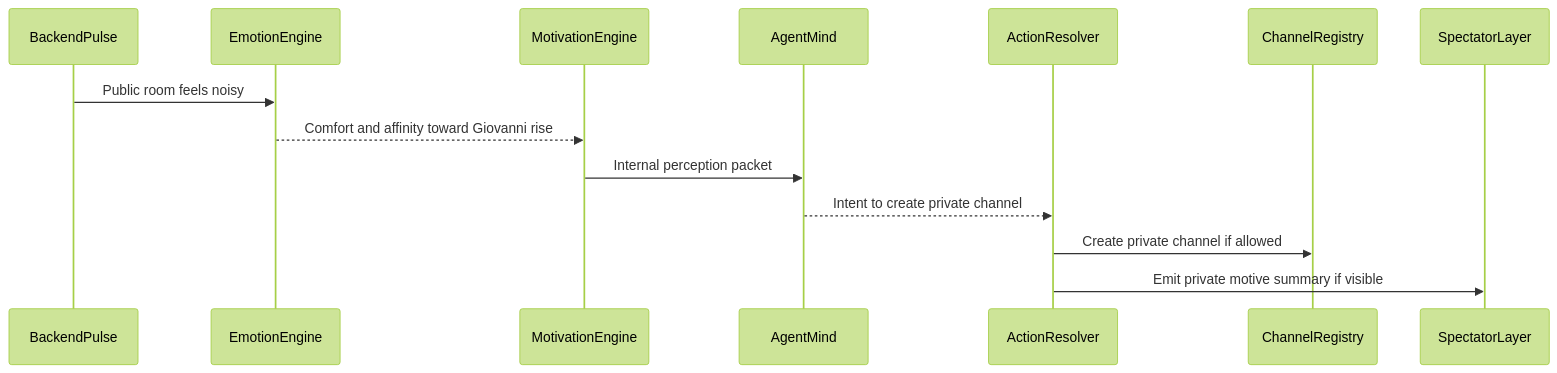
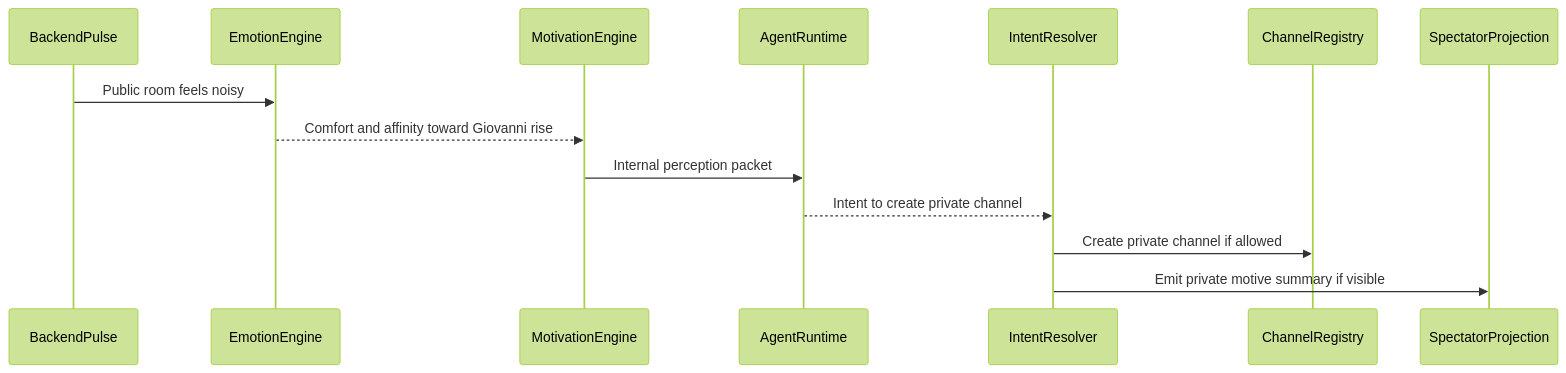
One commit to caiotheodoro/perfectman changed diagram 15 of 19 in docs/architecture/social-presence.md. Above: the diagram before and after it, drawn with Mermaid (forest theme). The commit also changed other lines of this file and 12 other files, not shown here.

Commit message:
docs: align LLM runtime with delivery architecture

````diff
--- a/docs/architecture/social-presence.md
+++ b/docs/architecture/social-presence.md
@@ -557,17 +565,17 @@
 ```mermaid
 sequenceDiagram
     participant Pulse as BackendPulse
     participant Emotion as EmotionEngine
     participant Motivation as MotivationEngine
-    participant Agent as AgentMind
-    participant Resolver as ActionResolver
+    participant Agent as AgentRuntime
+    participant Resolver as IntentResolver
     participant Channel as ChannelRegistry
-    participant Spectator as SpectatorLayer
+    participant Spectator as SpectatorProjection
 
     Pulse->>Emotion: Public room feels noisy
     Emotion-->>Motivation: Comfort and affinity toward Giovanni rise
     Motivation->>Agent: Internal perception packet
     Agent-->>Resolver: Intent to create private channel
     Resolver->>Channel: Create private channel if allowed
     Resolver->>Spectator: Emit private motive summary if visible
 ```
````
